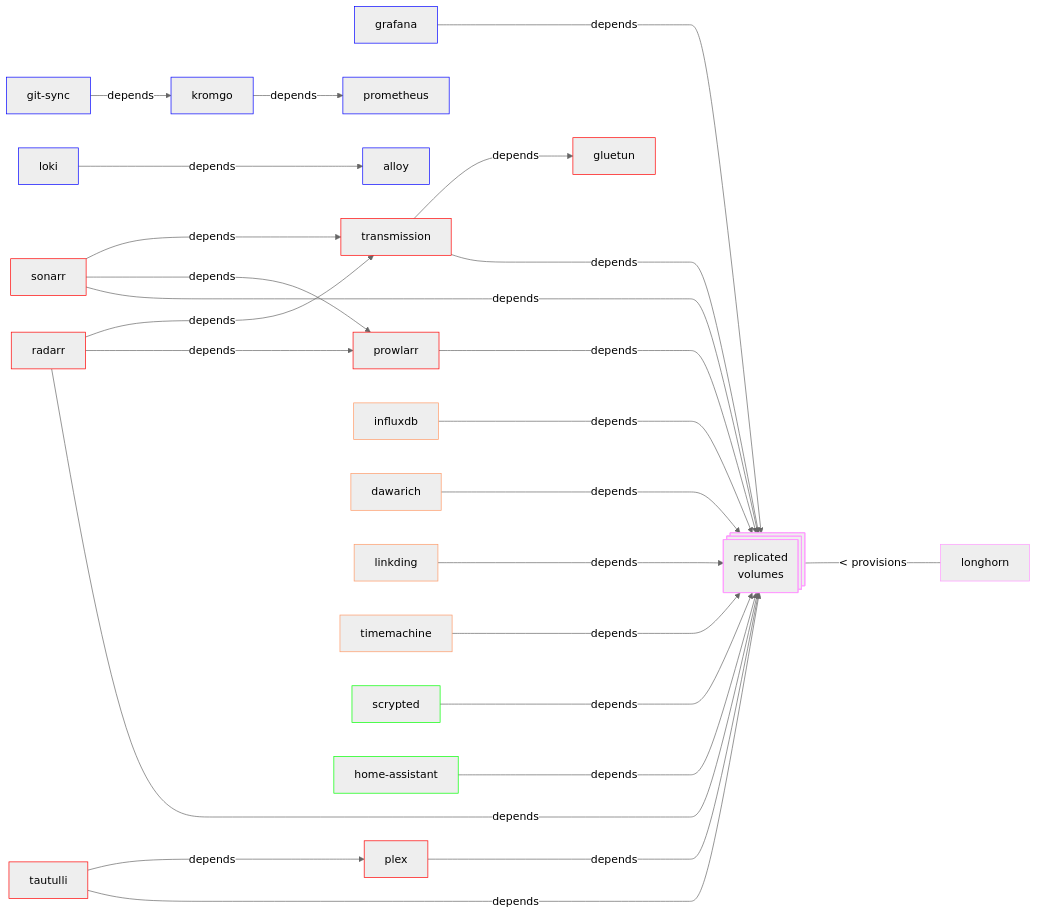
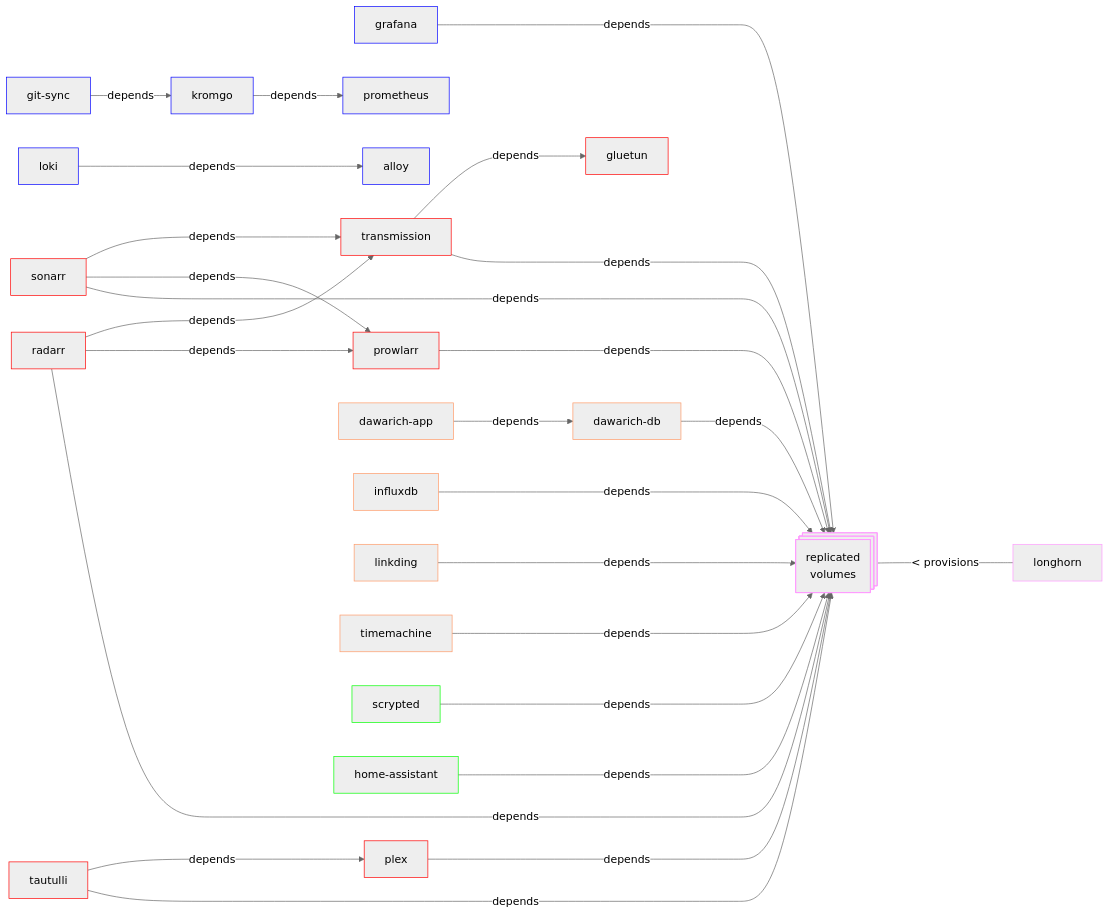
Before and after one commit to jaredfiorali/infrastructure: the first of 3 diagrams in README.md, drawn with Mermaid (neutral theme). The commit also changed other lines of this file, not shown here.

Commit message:
Updated README to reflect updated dawarich app/db changes

````diff
--- a/README.md
+++ b/README.md
@@ -82,35 +82,36 @@
 ```mermaid
 graph LR
 L[grafana]:::blue -----> |depends| H[replicated\nvolumes]
 Z[git-sync]:::blue --> |depends| N[kromgo]
 N[kromgo]:::blue --> |depends| I[prometheus]
 A[plex]:::red -----> |depends| H[replicated\nvolumes]
 B[prowlarr]:::red -----> |depends| H[replicated\nvolumes]
 C[radarr]:::red -----> |depends| H[replicated\nvolumes]
 C[radarr]:::red ---> |depends| B[prowlarr]
 C[radarr]:::red ---> |depends| F[transmission]
 D[sonarr]:::red -----> |depends| H[replicated\nvolumes]
 D[sonarr]:::red ---> |depends| B[prowlarr]
 D[sonarr]:::red ---> |depends| F[transmission]
 E[tautulli]:::red -----> |depends| H[replicated\nvolumes]
 E[tautulli]:::red ---> |depends| A[plex]
 F[transmission]:::red -----> |depends| H[replicated\nvolumes]
 F[transmission]:::red ---> |depends| G[gluetun]
 O[loki]:::blue ---> |depends| K[alloy]
+T[dawarich-app]:::orange ---> |depends| U[dawarich-db]
 M[influxdb]:::orange -----> |depends| H[replicated\nvolumes]
-T[dawarich]:::orange -----> |depends| H[replicated\nvolumes]
+U[dawarich-db]:::orange ---> |depends| H[replicated\nvolumes]
 V[linkding]:::orange -----> |depends| H[replicated\nvolumes]
 Y[timemachine]:::orange -----> |depends| H[replicated\nvolumes]
 R[scrypted]:::green -----> |depends| H[replicated\nvolumes]
 S[home-assistant]:::green -----> |depends| H[replicated\nvolumes]
 I[prometheus]:::blue
 G[gluetun]:::red
 K[alloy]:::blue
 H:::pink@{ shape: processes, label: "replicated\nvolumes" } <--- |< provisions| J[longhorn]:::pink
 
 classDef red stroke:#f00
 classDef blue stroke:#00f
 classDef green stroke:#0f0
 classDef orange stroke:#f96
 classDef pink stroke:#f9f
 ```
````
